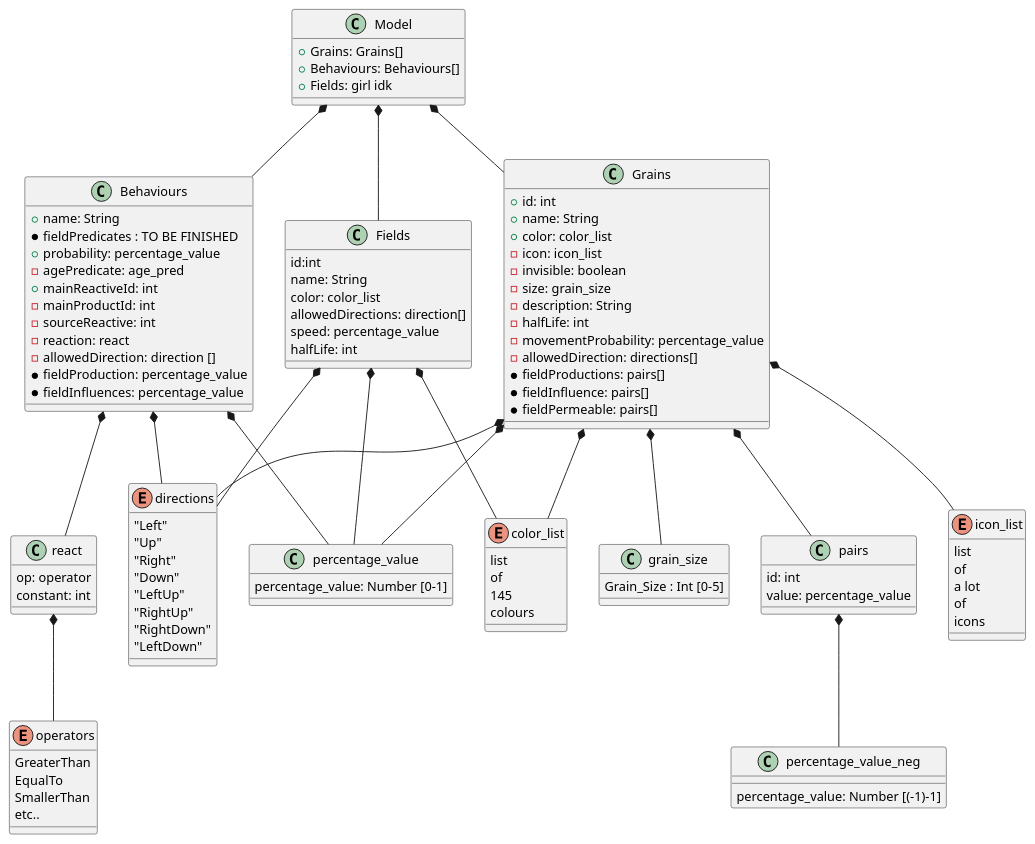
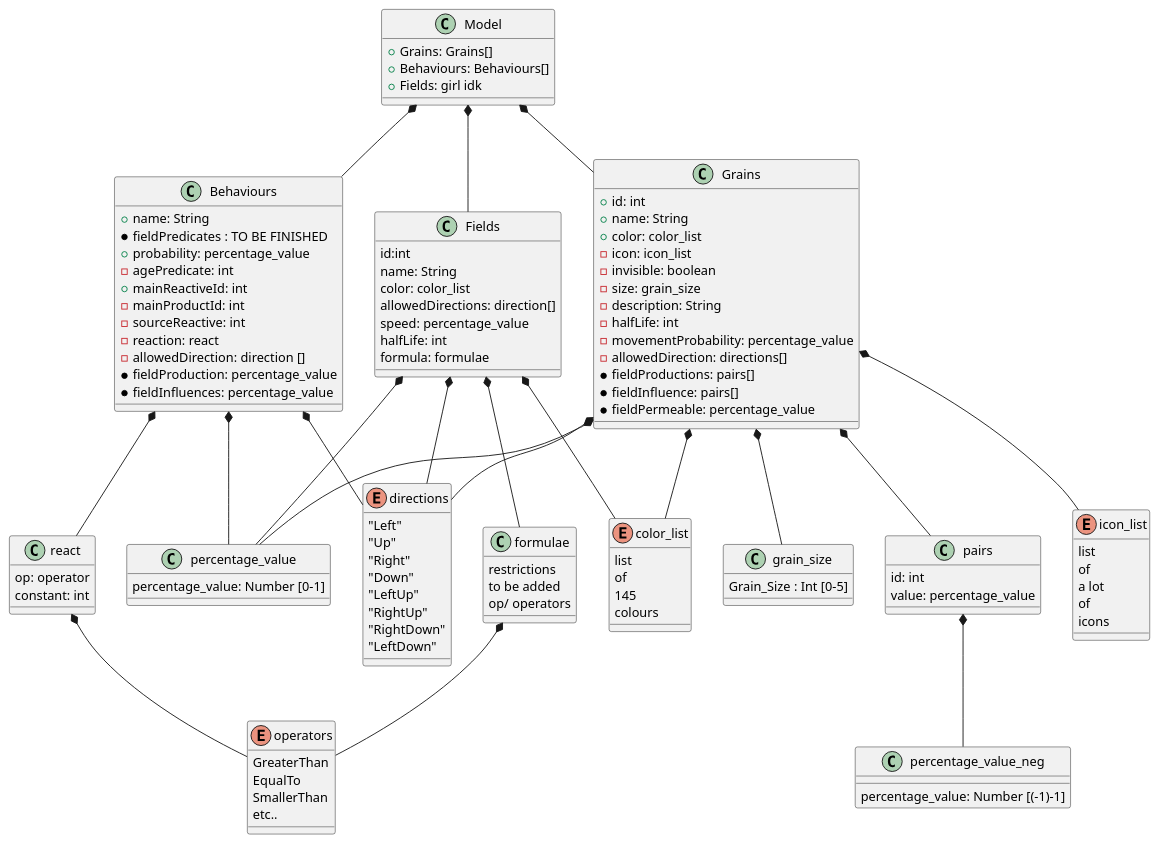
One commit to nglade-gh/NISMA changed the diagram in UML/model.pu. Above: the diagram before and after it, drawn with PlantUML. The commit also changed 80 other files, not shown here.

```diff
--- a/UML/model.pu
+++ b/UML/model.pu
@@ -1,124 +1,132 @@
 @startuml
 'Mother ship
     class Model{
         +Grains: Grains[]
         +Behaviours: Behaviours[]
         +Fields: girl idk
     }
     
 'Main classes
     Class Grains{
         +id: int
         +name: String
         +color: color_list
         -icon: icon_list
         -invisible: boolean
         -size: grain_size
         -description: String
         -halfLife: int
         -movementProbability: percentage_value
         -allowedDirection: directions[]
         *fieldProductions: pairs[]
         *fieldInfluence: pairs[]
-        *fieldPermeable: pairs[]
+        *fieldPermeable: percentage_value
         
     }
     
     class Behaviours{
         +name: String
         *fieldPredicates : TO BE FINISHED
         +probability: percentage_value
-        -agePredicate: age_pred
+        -agePredicate: int
         +mainReactiveId: int
         -mainProductId: int
         -sourceReactive: int
         -reaction: react
         -allowedDirection: direction []
         *fieldProduction: percentage_value
         *fieldInfluences: percentage_value
         
     }
     class Fields{
         id:int
         name: String
         color: color_list
         allowedDirections: direction[]
         speed: percentage_value
         halfLife: int
+	formula: formulae
     }
    
    
 'sub classes
     class percentage_value{
         percentage_value: Number [0-1] 
     }
     class percentage_value_neg{
         percentage_value: Number [(-1)-1] 
     }
     class grain_size{
         Grain_Size : Int [0-5]
     }
     class pairs{
         id: int
         value: percentage_value
     }
     enum directions{
         "Left"
         "Up"
         "Right"
         "Down"
         "LeftUp"
         "RightUp"
         "RightDown"
         "LeftDown"
     }
    enum icon_list{
         list
         of
         a lot
         of
         icons
    
    }
    
    enum color_list{
         list
         of
         145
         colours
    }
    enum operators{
     GreaterThan
     EqualTo
     SmallerThan
     etc..
     }
    
    class react{
         op: operator
         constant: int
    }
+   class formulae{
+	restrictions
+	to be added
+	op/ operators
+	}
 
     'Relations entre classes
     Model *-- Grains
     Model *-- Behaviours
     Model *-- Fields
     
     Grains *-- grain_size
     Grains *-- directions
     Grains *-- percentage_value
     Grains *-- pairs
     Grains *-- color_list
     Grains *-- icon_list
     
     pairs  *-- percentage_value_neg
     react *-- operators
+    formulae *--operators
     
     Behaviours *-- directions
     Behaviours *-- percentage_value
     Behaviours *-- react
     
     Fields *-- directions
     Fields *-- percentage_value
     Fields *-- color_list
+    Fields *-- formulae
 @enduml
```
